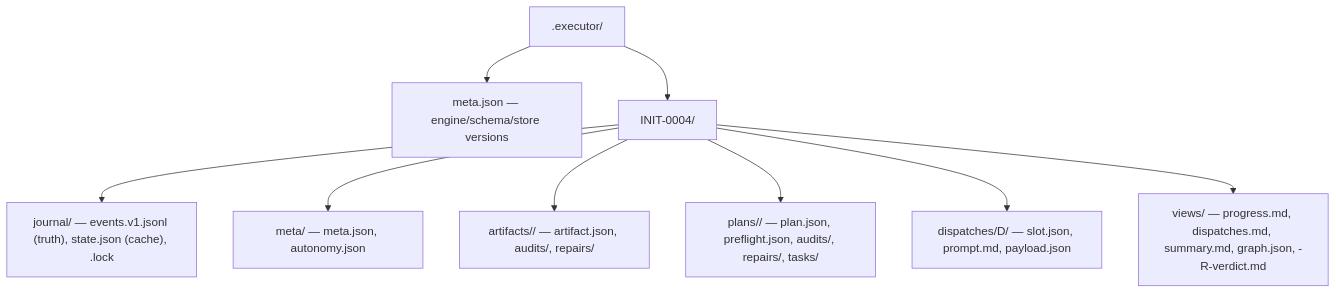
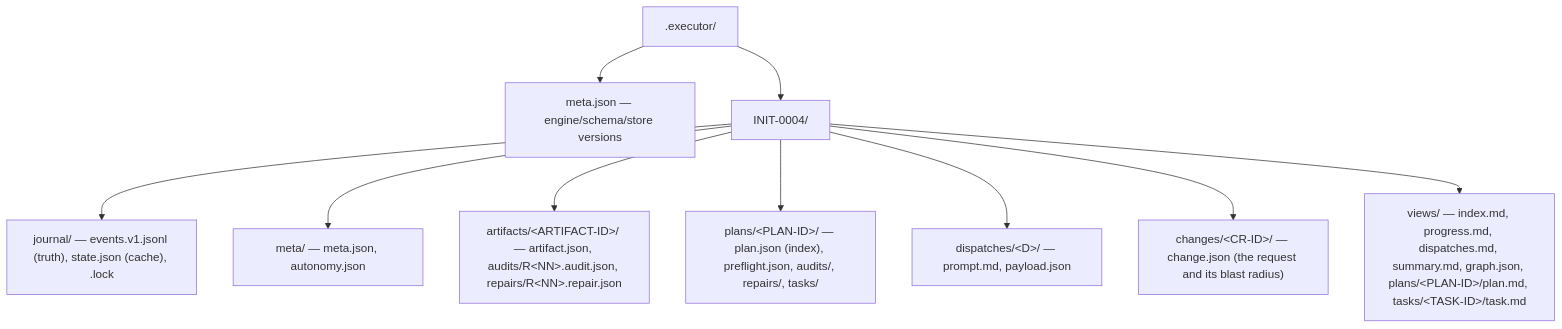
The first of 3 diagrams in skills/executor/references/layout.md (Atri10/executor), drawn with Mermaid before and after one commit. The commit also changed other lines of this file and 59 other files, not shown here.

````diff
--- a/skills/executor/references/layout.md
+++ b/skills/executor/references/layout.md
@@ -21,11 +38,12 @@
 ```mermaid
 flowchart TB
     ROOT[".executor/"] --> RM["meta.json — engine/schema/store versions"]
     ROOT --> INIT["INIT-0004/"]
     INIT --> JRN["journal/ — events.v1.jsonl (truth), state.json (cache), .lock"]
     INIT --> META["meta/ — meta.json, autonomy.json"]
-    INIT --> ART["artifacts/<ARTIFACT-ID>/ — artifact.json, audits/, repairs/"]
-    INIT --> PLN["plans/<PLAN-ID>/ — plan.json, preflight.json, audits/, repairs/, tasks/"]
-    INIT --> DISP["dispatches/D<NNNNN>/ — slot.json, prompt.md, payload.json"]
-    INIT --> VWS["views/ — progress.md, dispatches.md, summary.md, graph.json, <TASK-ID>-R<NN>-verdict.md"]
+    INIT --> ART["artifacts/&lt;ARTIFACT-ID&gt;/ — artifact.json, audits/R&lt;NN&gt;.audit.json, repairs/R&lt;NN&gt;.repair.json"]
+    INIT --> PLN["plans/&lt;PLAN-ID&gt;/ — plan.json (index), preflight.json, audits/, repairs/, tasks/"]
+    INIT --> DISP["dispatches/&lt;D&gt;/ — prompt.md, payload.json"]
+    INIT --> CHG["changes/&lt;CR-ID&gt;/ — change.json (the request and its blast radius)"]
+    INIT --> VWS["views/ — index.md, progress.md, dispatches.md, summary.md, graph.json, plans/&lt;PLAN-ID&gt;/plan.md, tasks/&lt;TASK-ID&gt;/task.md"]
 ```
````
